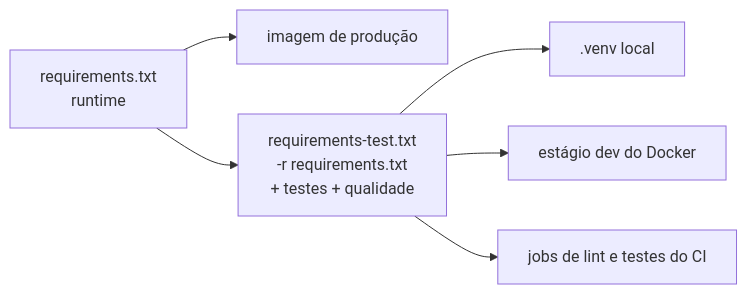
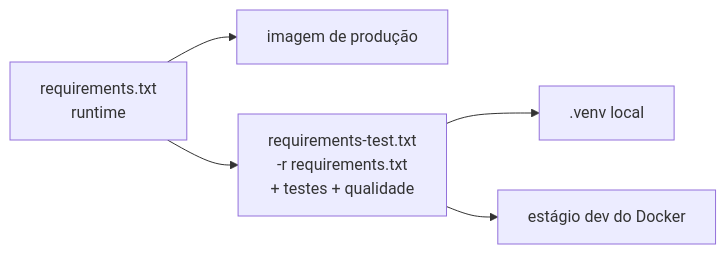
One commit to oseasmoreto/bot-chat changed the diagram in backend/docs/13-dependencias.md. Above: the diagram before and after it, drawn with Mermaid. The commit also changed other lines of this file and 48 other files, not shown here.

````diff
--- a/backend/docs/13-dependencias.md
+++ b/backend/docs/13-dependencias.md
@@ -10,8 +10,7 @@
 ```mermaid
 flowchart LR
     rt["requirements.txt<br/>runtime"] --> img["imagem de produção"]
     rt --> tst["requirements-test.txt<br/>-r requirements.txt<br/>+ testes + qualidade"]
     tst --> venv[".venv local"]
     tst --> dev["estágio dev do Docker"]
-    tst --> ci["jobs de lint e testes do CI"]
 ```
````
